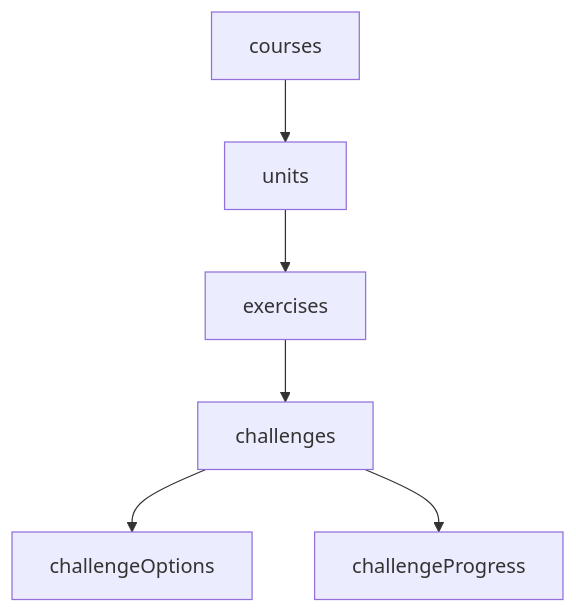
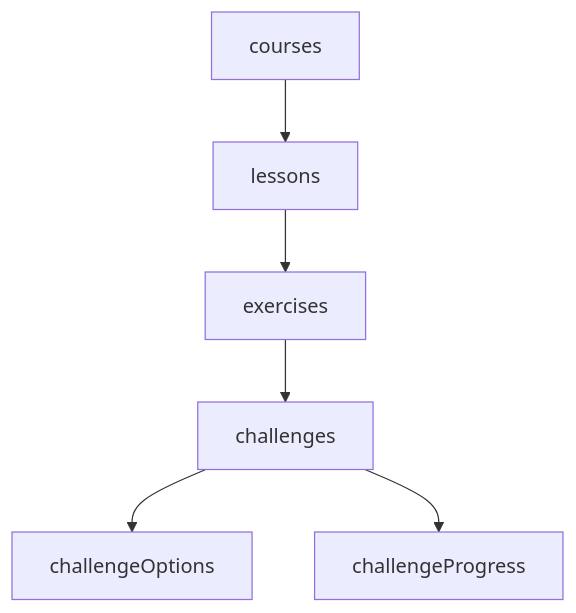
The second of 2 diagrams in docs/ARCHITECTURE.md (schandillia/Misqui), drawn with Mermaid before and after one commit. The commit also changed other lines of this file and 21 other files, not shown here.

````diff
--- a/docs/ARCHITECTURE.md
+++ b/docs/ARCHITECTURE.md
@@ -48,8 +48,8 @@
 ```mermaid
 graph TD
-    A[courses] --> B[units]
+    A[courses] --> B[lessons]
     B --> C[exercises]
     C --> D[challenges]
     D --> E[challengeOptions]
     D --> F[challengeProgress]
 ```
````
